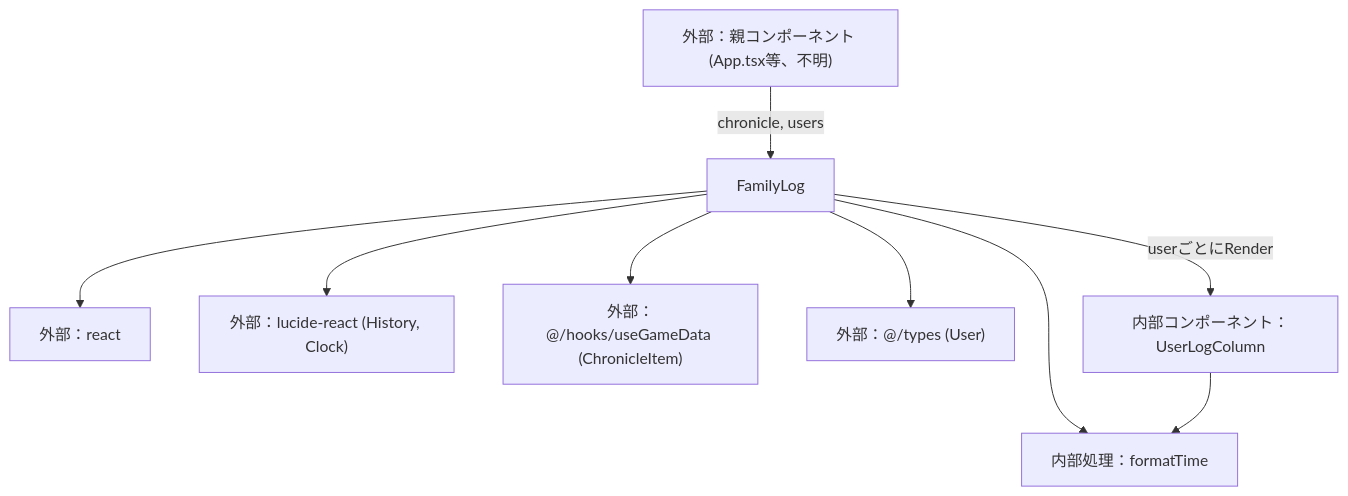
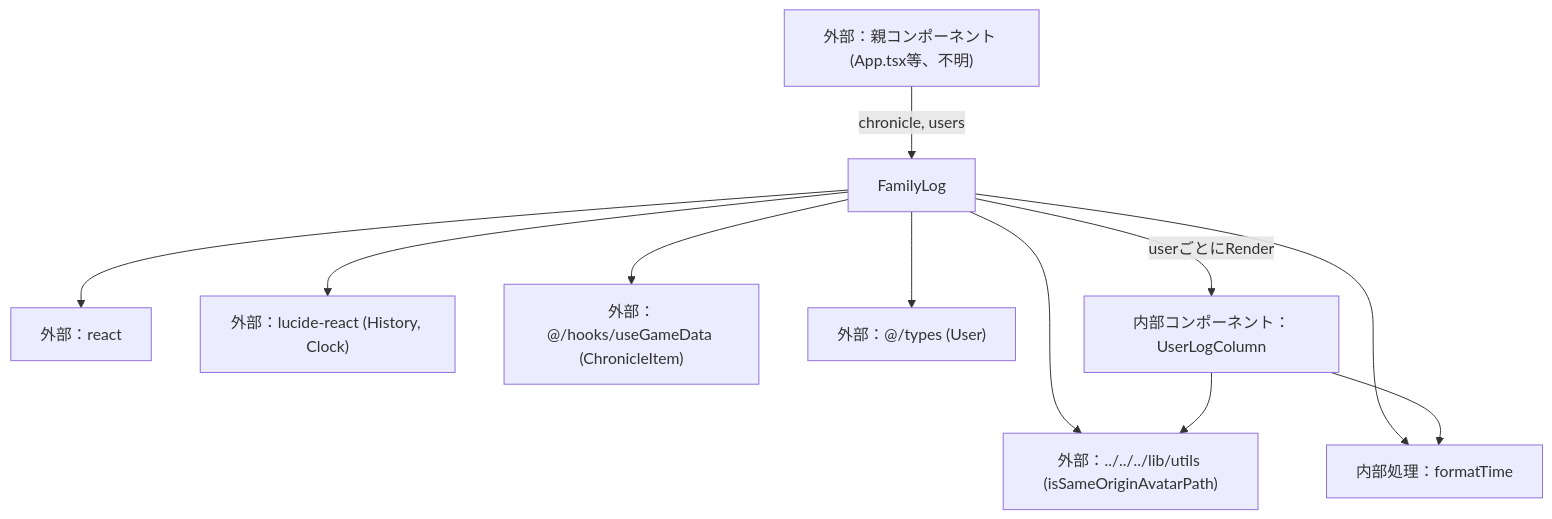
One commit to mmtigers/my_python_project changed the second of 2 diagrams in docs/specifications/family-quest/src/features/family/components/FamilyLog.md. Above: the diagram before and after it, drawn with Mermaid. The commit also changed other lines of this file and 18 other files, not shown here.

````diff
--- a/docs/specifications/family-quest/src/features/family/components/FamilyLog.md
+++ b/docs/specifications/family-quest/src/features/family/components/FamilyLog.md
@@ -142,12 +142,14 @@
 ```mermaid
 graph TD
     ParentComponent["外部：親コンポーネント (App.tsx等、不明)"] -->|chronicle, users| FamilyLog
     FamilyLog --> React["外部：react"]
     FamilyLog --> LucideReact["外部：lucide-react (History, Clock)"]
     FamilyLog --> GameDataTypes["外部：@/hooks/useGameData (ChronicleItem)"]
     FamilyLog --> UserType["外部：@/types (User)"]
+    FamilyLog --> AvatarUtil["外部：../../../lib/utils (isSameOriginAvatarPath)"]
     FamilyLog --> FormatTime["内部処理：formatTime"]
     FamilyLog -->|userごとにRender| UserLogColumn["内部コンポーネント：UserLogColumn"]
     UserLogColumn --> FormatTime
+    UserLogColumn --> AvatarUtil
 
 ```
````
